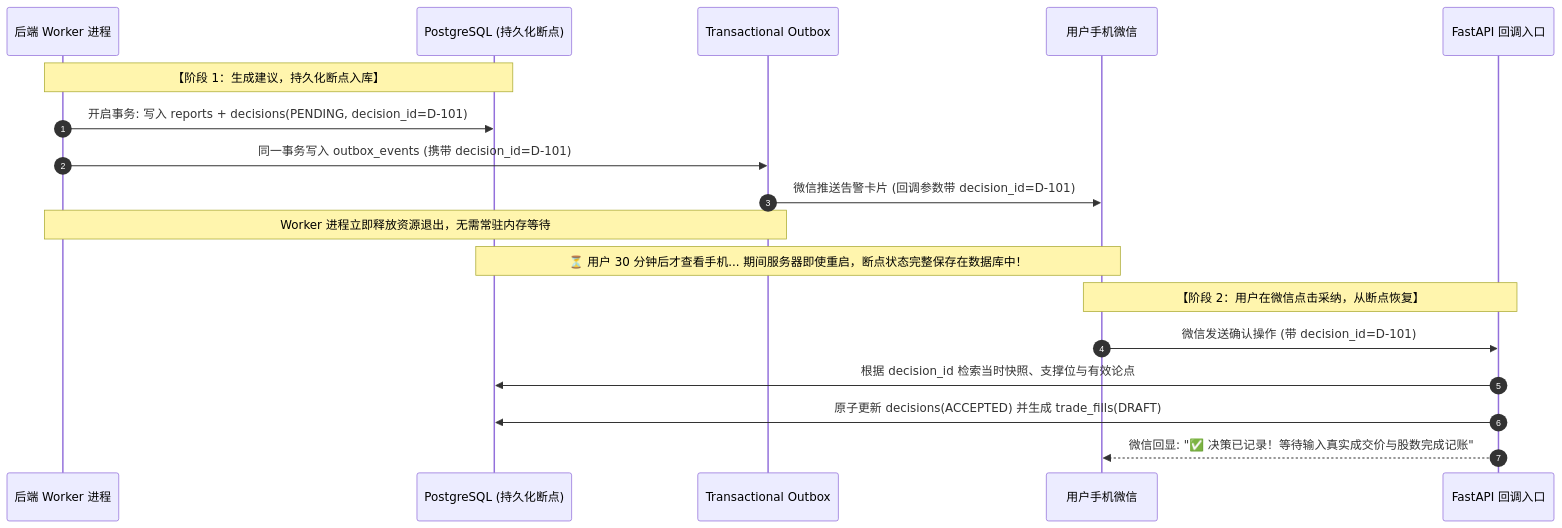
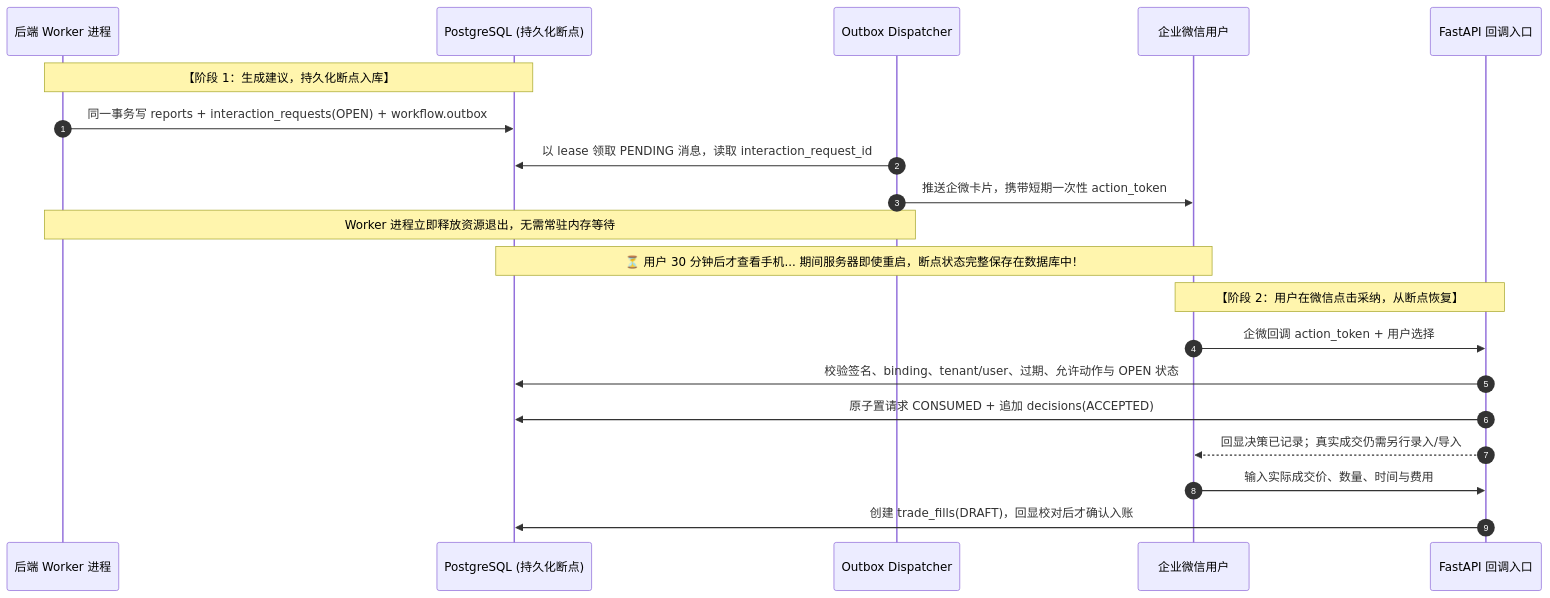
The third of 5 diagrams in docs/02.WealthSail投研平台全栈技术选型与架构评估.md (sinojelly/wealthsail), drawn with Mermaid before and after one commit. The commit also changed other lines of this file and 16 other files, not shown here.

````diff
--- a/docs/02.WealthSail投研平台全栈技术选型与架构评估.md
+++ b/docs/02.WealthSail投研平台全栈技术选型与架构评估.md
@@ -220,23 +223,25 @@
 ```mermaid
 sequenceDiagram
     autonumber
     participant Worker as 后端 Worker 进程
     participant DB as PostgreSQL (持久化断点)
-    participant Outbox as Transactional Outbox
-    participant User as 用户手机微信
+    participant Outbox as Outbox Dispatcher
+    participant User as 企业微信用户
     participant API as FastAPI 回调入口
 
     Note over Worker, DB: 【阶段 1：生成建议，持久化断点入库】
-    Worker->>DB: 开启事务: 写入 reports + decisions(PENDING, decision_id=D-101)
-    Worker->>Outbox: 同一事务写入 outbox_events (携带 decision_id=D-101)
-    Outbox->>User: 微信推送告警卡片 (回调参数带 decision_id=D-101)
+    Worker->>DB: 同一事务写 reports + interaction_requests(OPEN) + workflow.outbox
+    Outbox->>DB: 以 lease 领取 PENDING 消息，读取 interaction_request_id
+    Outbox->>User: 推送企微卡片，携带短期一次性 action_token
     Note over Worker, Outbox: Worker 进程立即释放资源退出，无需常驻内存等待
 
     Note over DB, User: ⏳ 用户 30 分钟后才查看手机... 期间服务器即使重启，断点状态完整保存在数据库中！
 
     Note over User, API: 【阶段 2：用户在微信点击采纳，从断点恢复】
-    User->>API: 微信发送确认操作 (带 decision_id=D-101)
-    API->>DB: 根据 decision_id 检索当时快照、支撑位与有效论点
-    API->>DB: 原子更新 decisions(ACCEPTED) 并生成 trade_fills(DRAFT)
-    API-->>User: 微信回显: "✅ 决策已记录！等待输入真实成交价与股数完成记账"
+    User->>API: 企微回调 action_token + 用户选择
+    API->>DB: 校验签名、binding、tenant/user、过期、允许动作与 OPEN 状态
+    API->>DB: 原子置请求 CONSUMED + 追加 decisions(ACCEPTED)
+    API-->>User: 回显决策已记录；真实成交仍需另行录入/导入
+    User->>API: 输入实际成交价、数量、时间与费用
+    API->>DB: 创建 trade_fills(DRAFT)，回显校对后才确认入账
 ```
````
